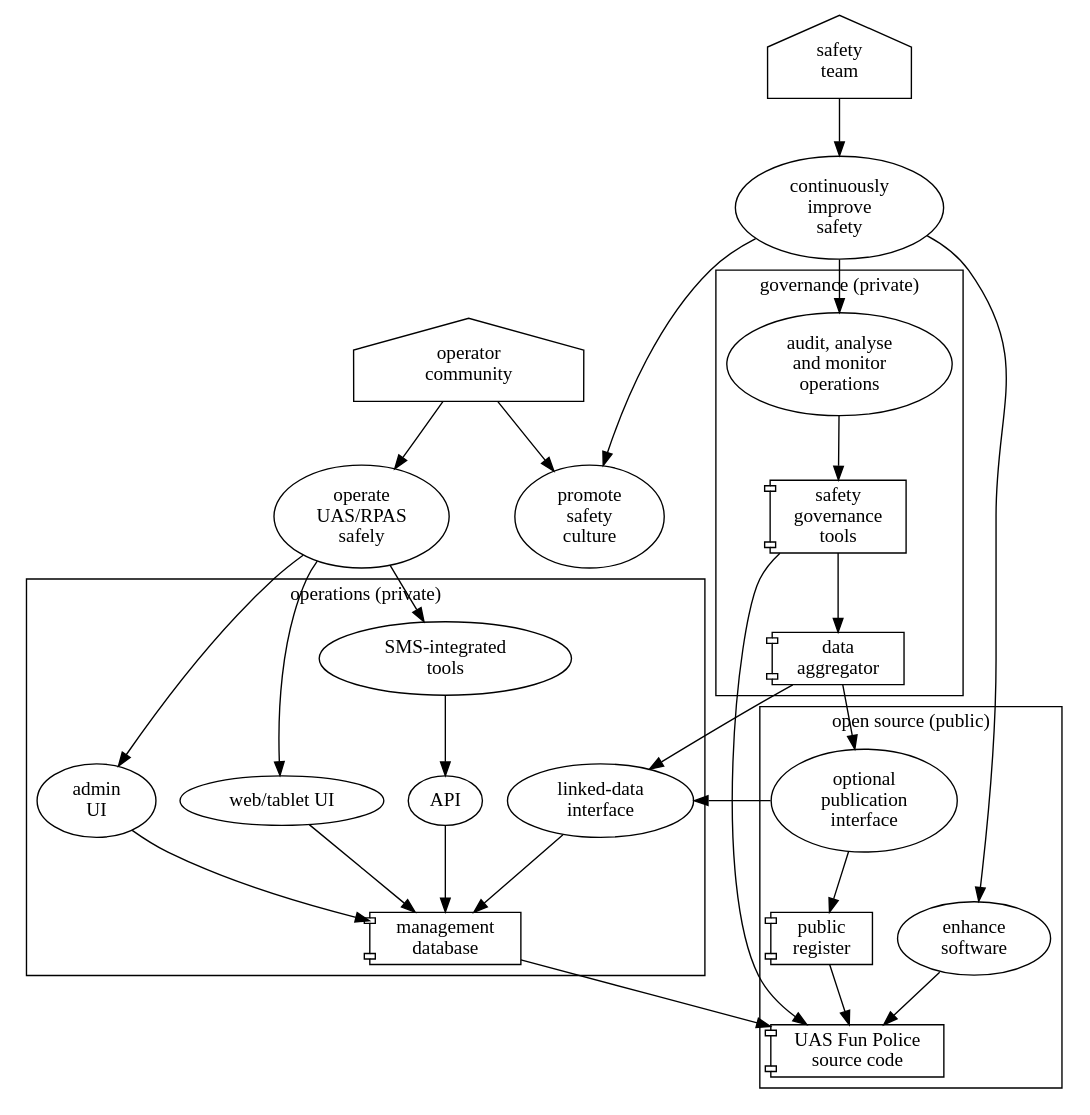
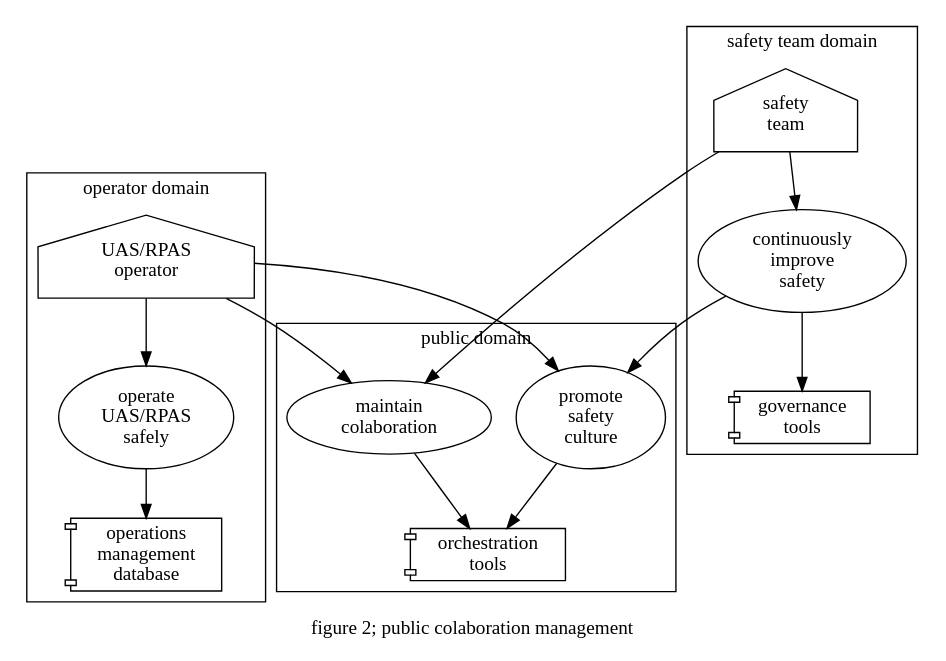
The second of 4 diagrams in tmp/design.rst (monkeypants/UASFunPolice), drawn with Graphviz before and after one commit. The commit also changed other lines of this file, not shown here.

```diff
--- a/tmp/design.rst
+++ b/tmp/design.rst
@@ -40,50 +36,34 @@
 .. graphviz::
 
    digraph d {
-      subgraph cluster_opcom {
-         label = "operations (private)"
-         sms [label="management\ndatabase" shape=component];
-	 sms_admin_ui [label="admin\nUI"];
-	 sms_ui [label="web/tablet UI"];
-	 sms_api [label="API"];
-	 sms_rdf [label="linked-data\ninterface"];
-	 
-	 sms_admin_ui -> sms;
-	 sms_ui -> sms;
-	 sms_api -> sms;
-	 sms_rdf -> sms;
-	 integrate [label="SMS-integrated\ntools"];
-	 integrate -> sms_api;
-
+      label="figure 2; public colaboration management";
+      subgraph cluster_pub {
+         label="public domain";
+         promote [label="promote\nsafety\nculture" shape=ellipse];
+         colab [label="maintain\ncolaboration"];
+	 orch [label="orchestration\ntools" shape=component];
+	 colab -> orch;
+	 promote -> orch;
       }
-      subgraph cluster_public {
-         label = "open source (public)";
-         enhance [label="enhance\nsoftware" shape=ellipse];
-         src [label="UAS Fun Police\nsource code" shape=component];
-	 pr [label="public\nregister" shape=component];
-	 pri [label="optional\npublication\ninterface"];
-	 pri -> pr -> src;
+      subgraph cluster_op {
+         label = "operator domain";
+         opcom [label="UAS/RPAS\noperator" shape=house];
+         operate [label="operate\nUAS/RPAS\nsafely"];
+	 omd [label="operations\nmanagement\ndatabase" shape=component];
+	 operate -> omd;
       }
       subgraph cluster_st {
-         label = "governance (private)";
-         aa [label="audit, analyse\nand monitor\noperations"];	 
-         ag [label="data\naggregator" shape=component];
-         gov [label="safety\ngovernance\ntools" shape=component];
+         label = "safety team domain";
+         hub [label="safety\nteam" shape=house];
+         ci [label="continuously\nimprove\nsafety" shape=ellipse];
+	 stt [label="governance\ntools" shape=component];
+	 ci -> stt;
       }
-      ag -> pri -> sms_rdf;
-      promote [label="promote\nsafety\nculture" shape=ellipse];
-      opcom [label="operator\ncommunity" shape=house];
-      operate [label="operate\nUAS/RPAS\nsafely"];
-      operate -> integrate;
-      operate -> sms_ui;
-      operate -> sms_admin_ui;
-      hub [label="safety\nteam" shape=house];
-      ci [label="continuously\nimprove\nsafety" shape=ellipse];
+
+      opcom -> operate;
+      hub -> ci;
+      ci -> promote;
       opcom -> promote;
-      opcom -> operate;
-      hub -> ci -> aa -> gov -> ag -> sms_rdf;
-      ci -> promote;
-      ci -> enhance -> src;
-      sms -> src;
-      gov -> src;
+      opcom -> colab;
+      hub -> colab;
    }
```
